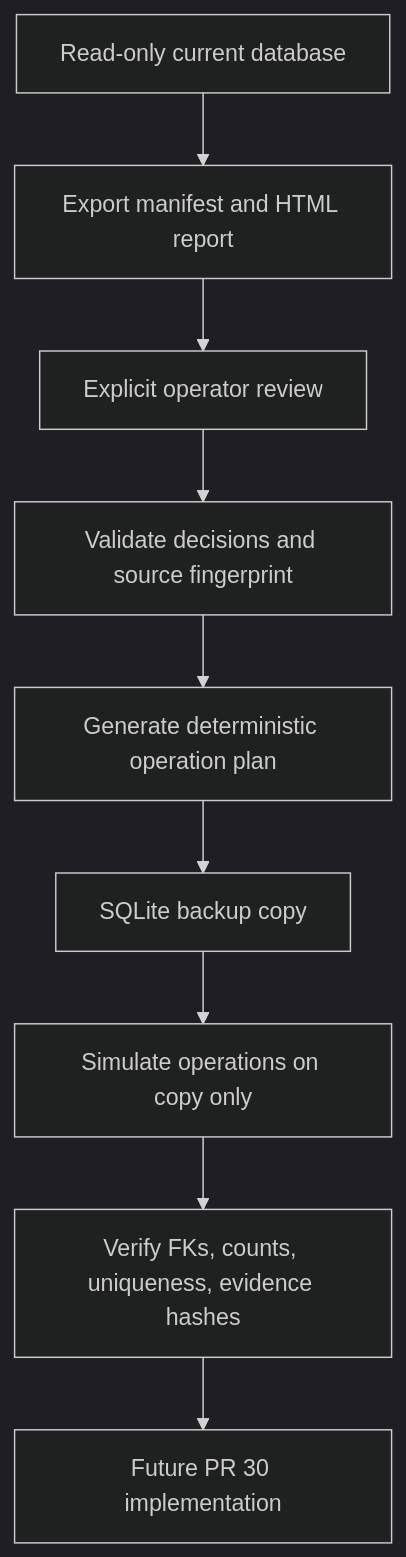
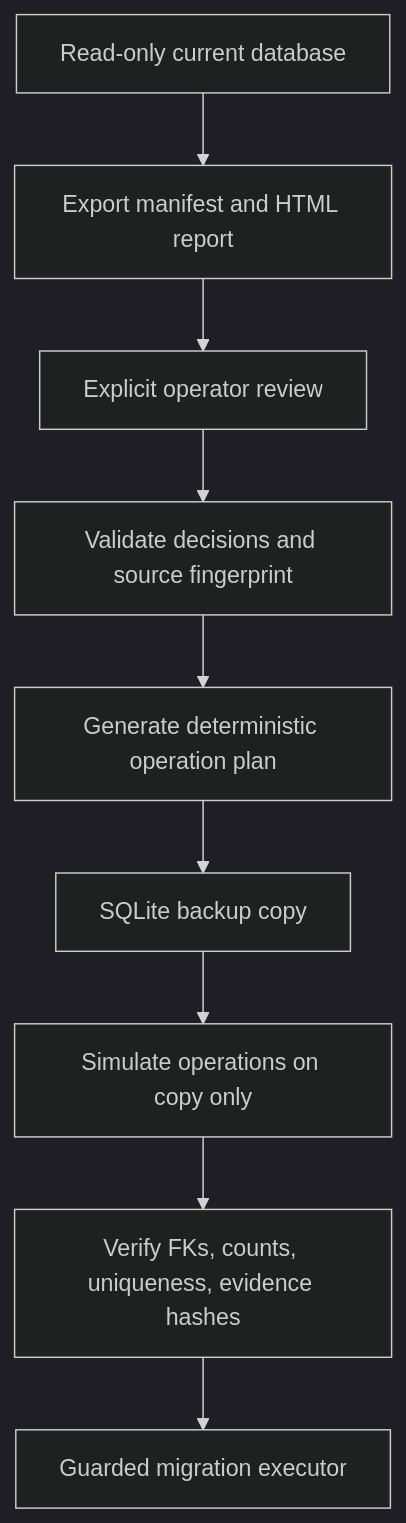
The diagram in docs/url-identity-reconciliation.md (Artsen/site-ledger), drawn with Mermaid (dark theme) before and after one commit. The commit also changed other lines of this file and 6 other files, not shown here.

````diff
--- a/docs/url-identity-reconciliation.md
+++ b/docs/url-identity-reconciliation.md
@@ -15,11 +15,11 @@
 ```mermaid
 flowchart TD
     DB[Read-only current database] --> E[Export manifest and HTML report]
     E --> H[Explicit operator review]
     H --> V[Validate decisions and source fingerprint]
     V --> P[Generate deterministic operation plan]
     P --> B[SQLite backup copy]
     B --> S[Simulate operations on copy only]
     S --> I[Verify FKs, counts, uniqueness, evidence hashes]
-    I --> F[Future PR 30 implementation]
+    I --> F[Guarded migration executor]
 ```
````
